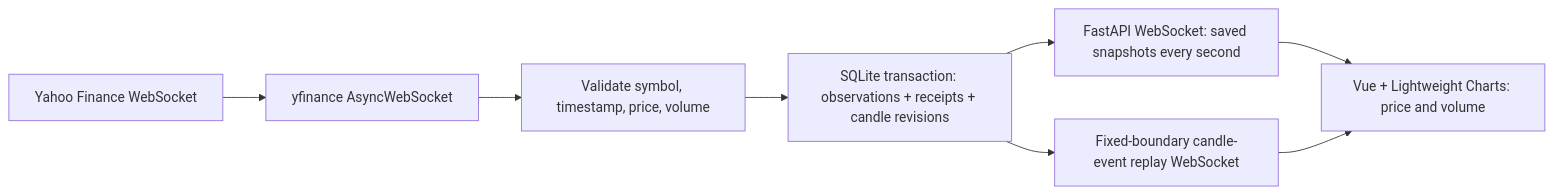
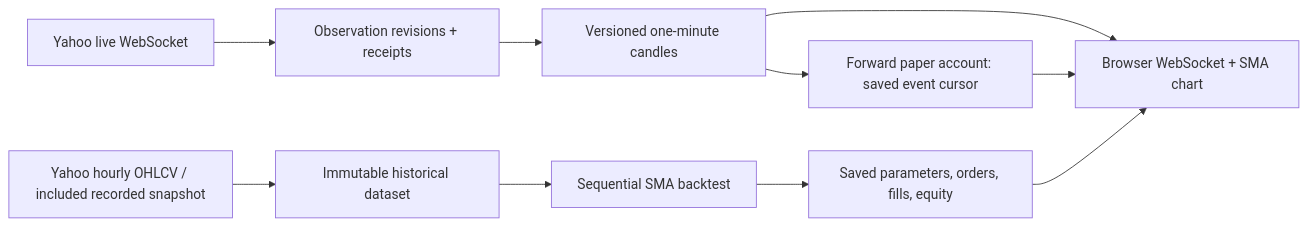
The diagram in docs/design.md (bkaping/expedia-lite), drawn with Mermaid before and after one commit. The commit also changed other lines of this file and 23 other files, not shown here.

````diff
--- a/docs/design.md
+++ b/docs/design.md
@@ -5,10 +7,12 @@
 ```mermaid
 flowchart LR
-  Y[Yahoo Finance WebSocket] --> A[yfinance AsyncWebSocket]
-  A --> V[Validate symbol, timestamp, price, volume]
-  V --> S[SQLite transaction: observations + receipts + candle revisions]
-  S --> W[FastAPI WebSocket: saved snapshots every second]
-  W --> C[Vue + Lightweight Charts: price and volume]
-  S --> R[Fixed-boundary candle-event replay WebSocket]
-  R --> C
+  WS[Yahoo live WebSocket] --> Raw[Observation revisions + receipts]
+  Raw --> Events[Versioned one-minute candles]
+  Events --> UI[Browser WebSocket + SMA chart]
+  Events --> Paper[Forward paper account: saved event cursor]
+  Hist[Yahoo hourly OHLCV / included recorded snapshot] --> DS[Immutable historical dataset]
+  DS --> BT[Sequential SMA backtest]
+  BT --> Runs[Saved parameters, orders, fills, equity]
+  Paper --> UI
+  Runs --> UI
 ```
````
